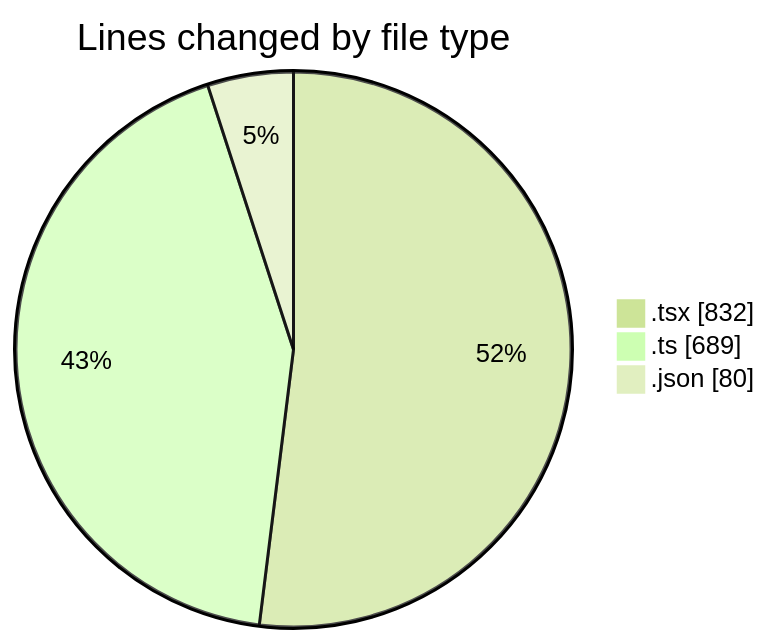
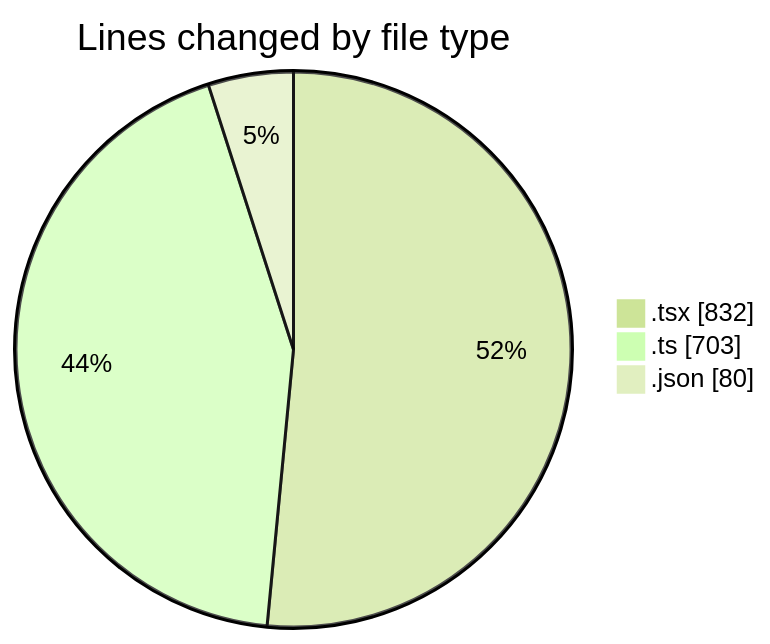
The first of 2 diagrams in 2026-03-25/nxtqube_webapp/README.md (nxtqubesakshisongat/code-tracking), drawn with Mermaid (forest theme) before and after one commit. The commit also changed other lines of this file and 1 other file, not shown here.

````diff
--- a/2026-03-25/nxtqube_webapp/README.md
+++ b/2026-03-25/nxtqube_webapp/README.md
@@ -25,7 +25,7 @@
 ```mermaid
 pie showData
 title Lines changed by file type
 ".tsx" : 832
-".ts" : 689
+".ts" : 703
 ".json" : 80
 ```
````
